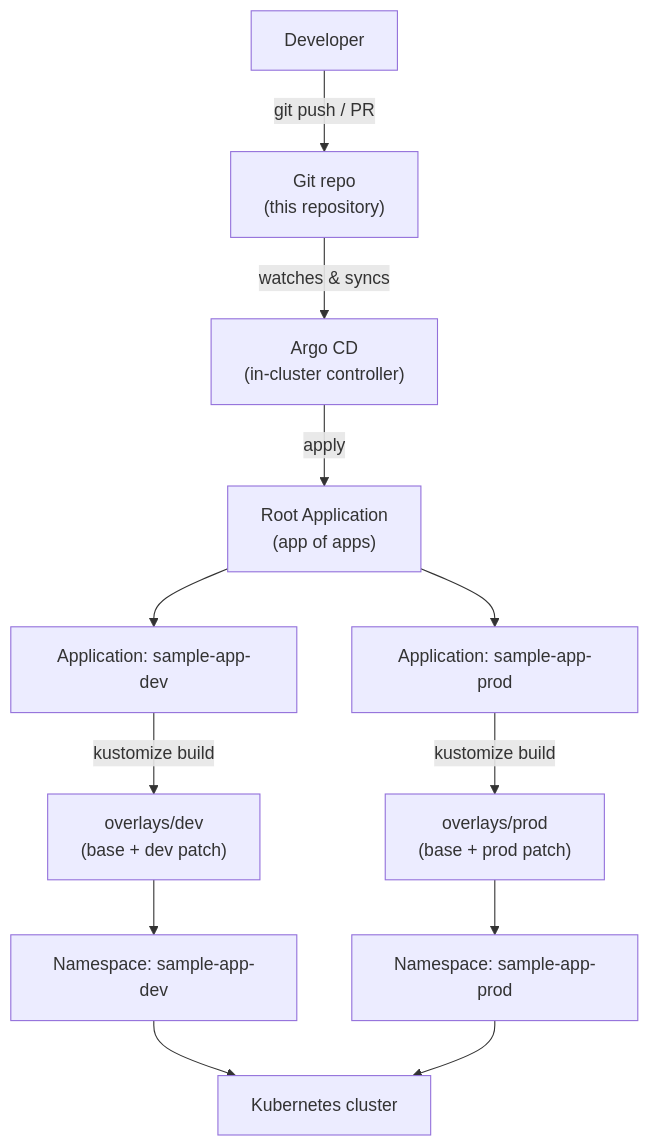
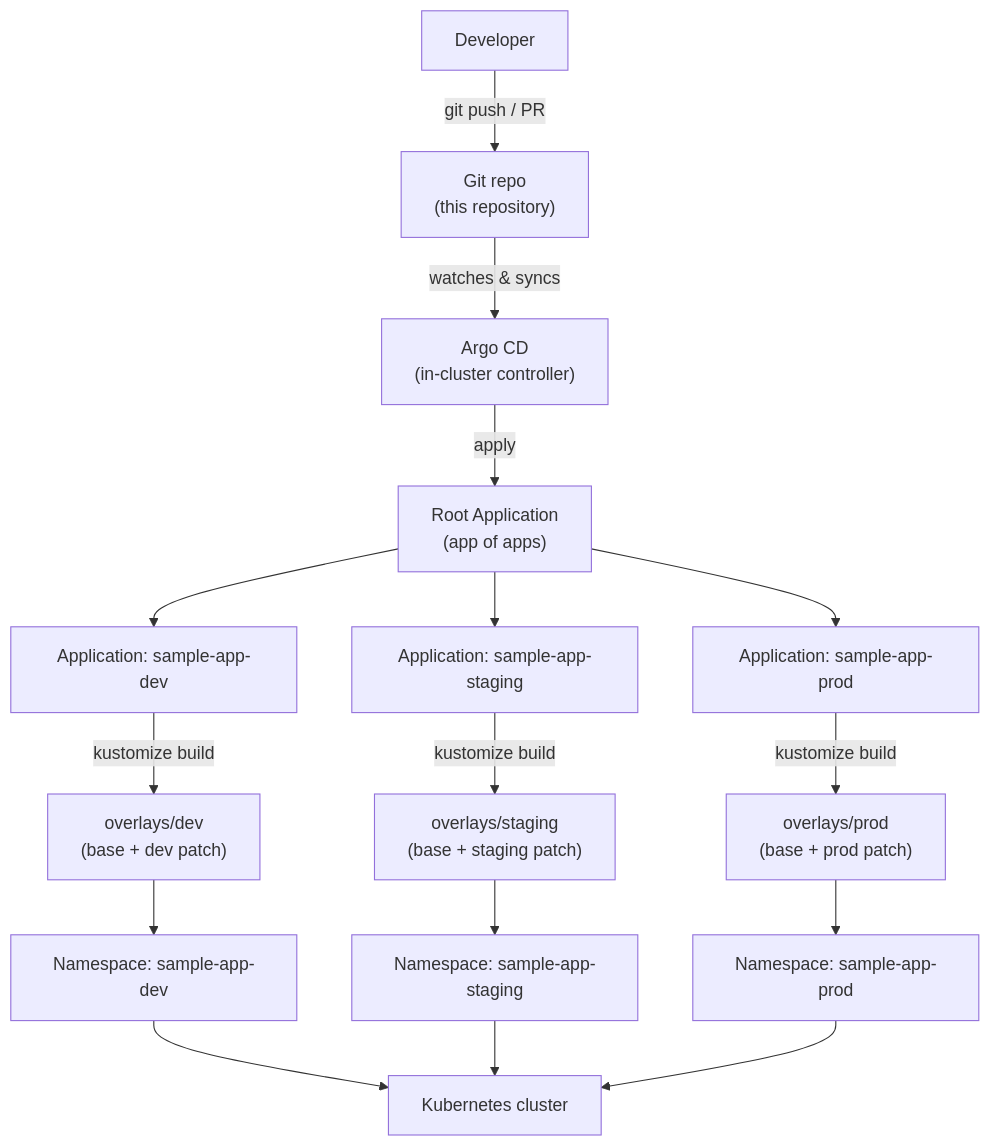
One commit to matthews-wong/gitops-argocd-demo changed the diagram in README.md. Above: the diagram before and after it, drawn with Mermaid. The commit also changed other lines of this file and 1 other file, not shown here.

First line of the commit message:
Document staging env and validate its overlay in CI

````diff
--- a/README.md
+++ b/README.md
@@ -41,14 +41,18 @@
 ```mermaid
 flowchart TD
     Dev["Developer"] -->|git push / PR| Repo["Git repo\n(this repository)"]
     Repo -->|watches & syncs| Argo["Argo CD\n(in-cluster controller)"]
     Argo -->|apply| Root["Root Application\n(app of apps)"]
     Root --> AppDev["Application: sample-app-dev"]
+    Root --> AppStaging["Application: sample-app-staging"]
     Root --> AppProd["Application: sample-app-prod"]
     AppDev -->|kustomize build| OverlayDev["overlays/dev\n(base + dev patch)"]
+    AppStaging -->|kustomize build| OverlayStaging["overlays/staging\n(base + staging patch)"]
     AppProd -->|kustomize build| OverlayProd["overlays/prod\n(base + prod patch)"]
     OverlayDev --> NsDev["Namespace: sample-app-dev"]
+    OverlayStaging --> NsStaging["Namespace: sample-app-staging"]
     OverlayProd --> NsProd["Namespace: sample-app-prod"]
     NsDev --> Cluster["Kubernetes cluster"]
+    NsStaging --> Cluster
     NsProd --> Cluster
 ```
````
